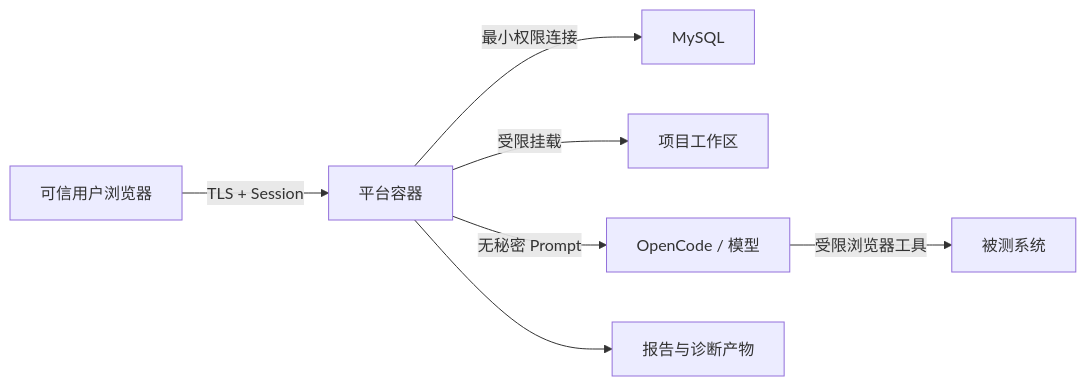
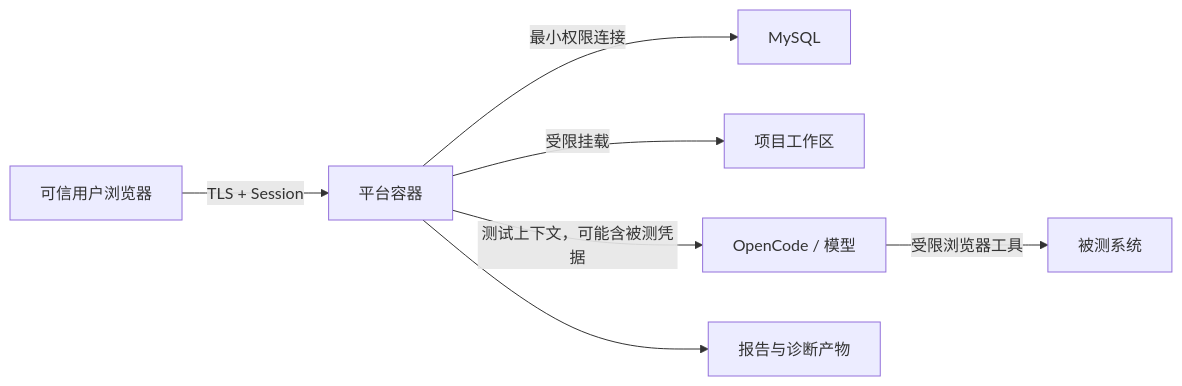
One commit to jiongfeng/waterfall-ai-test-platform changed the diagram in docs/security-model.md. Above: the diagram before and after it, drawn with Mermaid. The commit also changed other lines of this file and 71 other files, not shown here.

````diff
--- a/docs/security-model.md
+++ b/docs/security-model.md
@@ -44,9 +44,9 @@
 ```mermaid
 flowchart LR
     Browser["可信用户浏览器"] -->|TLS + Session| App["平台容器"]
     App -->|最小权限连接| DB["MySQL"]
     App -->|受限挂载| Files["项目工作区"]
-    App -->|无秘密 Prompt| Model["OpenCode / 模型"]
+    App -->|测试上下文，可能含被测凭据| Model["OpenCode / 模型"]
     Model -->|受限浏览器工具| Target["被测系统"]
     App --> Artifact["报告与诊断产物"]
 ```
````
